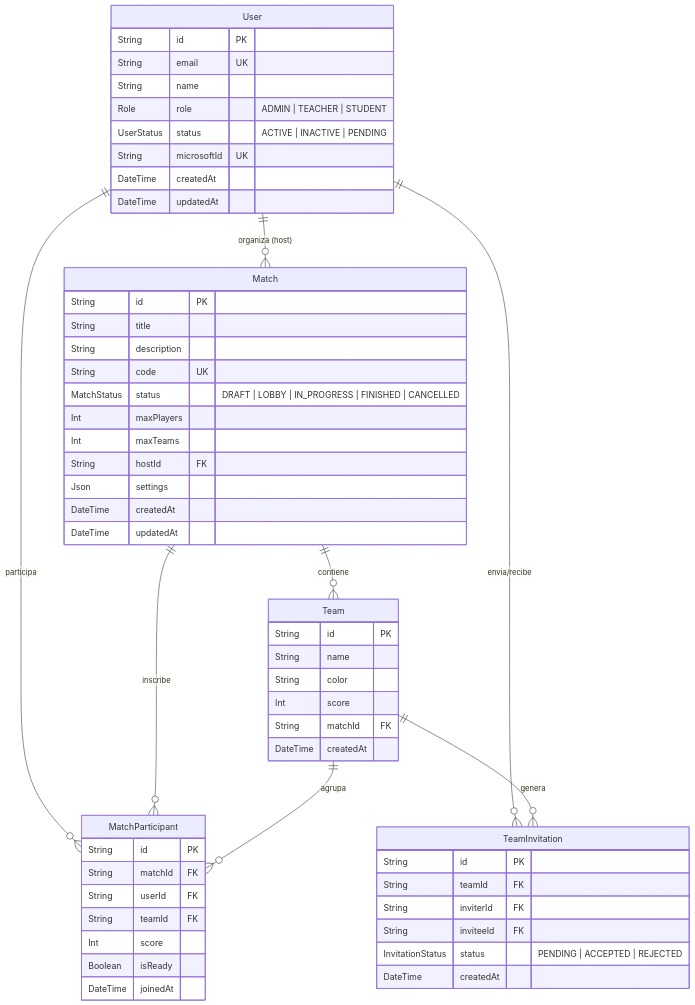
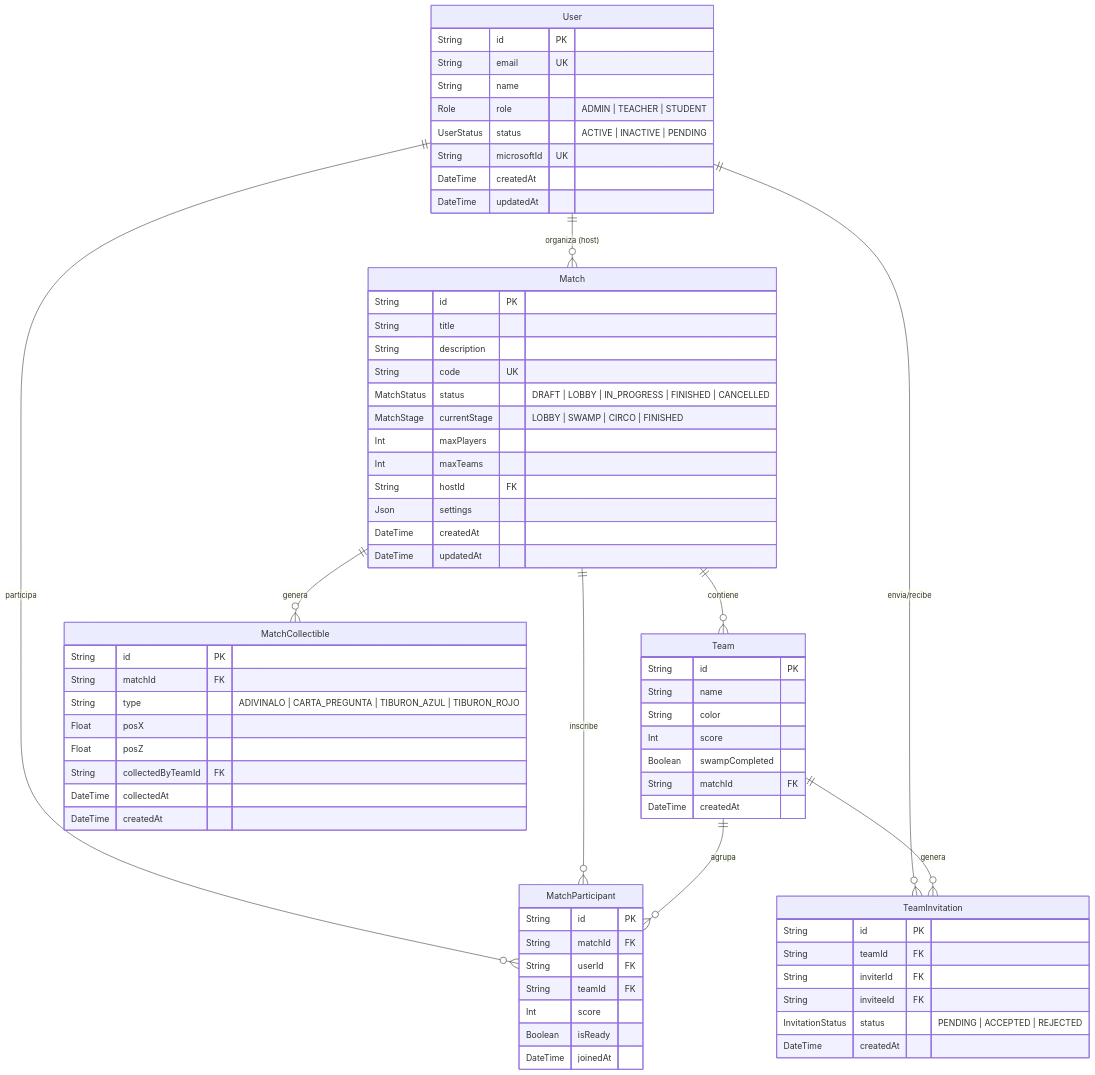
The second of 2 diagrams in README.md (JanerBolivar/plataforma-gamificacion), drawn with Mermaid before and after one commit. The commit also changed other lines of this file and 5 other files, not shown here.

````diff
--- a/README.md
+++ b/README.md
@@ -102,63 +104,77 @@
 ```mermaid
 erDiagram
     User ||--o{ Match : "organiza (host)"
     User ||--o{ MatchParticipant : "participa"
     User ||--o{ TeamInvitation : "envia/recibe"
     Match ||--o{ Team : "contiene"
     Match ||--o{ MatchParticipant : "inscribe"
+    Match ||--o{ MatchCollectible : "genera"
     Team ||--o{ MatchParticipant : "agrupa"
     Team ||--o{ TeamInvitation : "genera"
 
     User {
         String id PK
         String email UK
         String name
         Role role "ADMIN | TEACHER | STUDENT"
         UserStatus status "ACTIVE | INACTIVE | PENDING"
         String microsoftId UK
         DateTime createdAt
         DateTime updatedAt
     }
 
     Match {
         String id PK
         String title
         String description
         String code UK
         MatchStatus status "DRAFT | LOBBY | IN_PROGRESS | FINISHED | CANCELLED"
+        MatchStage currentStage "LOBBY | SWAMP | CIRCO | FINISHED"
         Int maxPlayers
         Int maxTeams
         String hostId FK
         Json settings
         DateTime createdAt
         DateTime updatedAt
     }
 
     Team {
         String id PK
         String name
         String color
         Int score
+        Boolean swampCompleted
         String matchId FK
+        DateTime createdAt
+    }
+
+    MatchCollectible {
+        String id PK
+        String matchId FK
+        String type "ADIVINALO | CARTA_PREGUNTA | TIBURON_AZUL | TIBURON_ROJO"
+        Float posX
+        Float posZ
+        String collectedByTeamId FK
+        DateTime collectedAt
         DateTime createdAt
     }
 
     MatchParticipant {
         String id PK
         String matchId FK
         String userId FK
         String teamId FK
         Int score
         Boolean isReady
         DateTime joinedAt
     }
 
     TeamInvitation {
         String id PK
         String teamId FK
         String inviterId FK
         String inviteeId FK
         InvitationStatus status "PENDING | ACCEPTED | REJECTED"
         DateTime createdAt
     }
 ```
````
